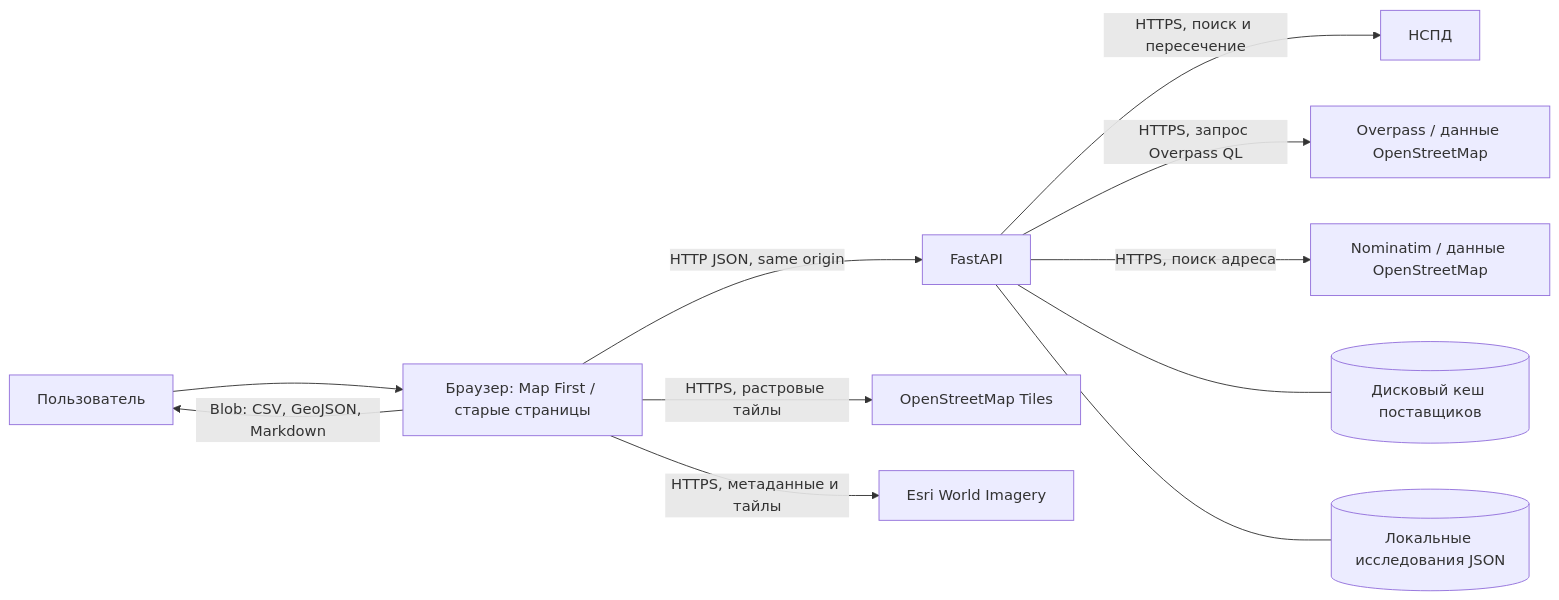
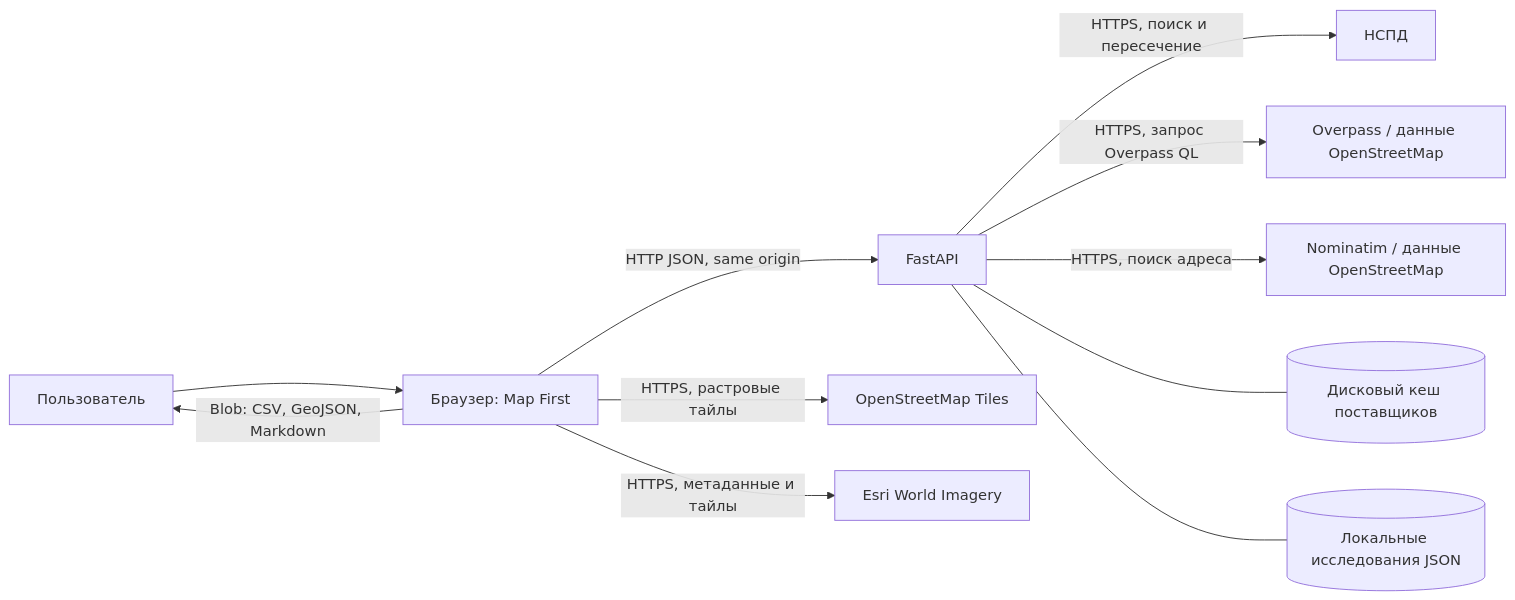
Before and after one commit to slavabochkarev/ecogeoterra: the diagram in docs/architecture/diagrams/system-context.mmd, drawn with Mermaid. The commit also changed 53 other files, not shown here.

```diff
--- a/docs/architecture/diagrams/system-context.mmd
+++ b/docs/architecture/diagrams/system-context.mmd
@@ -1,11 +1,11 @@
 flowchart LR
-    U["Пользователь"] --> UI["Браузер: Map First / старые страницы"]
+    U["Пользователь"] --> UI["Браузер: Map First"]
     UI -->|HTTP JSON, same origin| API["FastAPI"]
     API -->|HTTPS, поиск и пересечение| NSPD["НСПД"]
     API -->|HTTPS, запрос Overpass QL| OVER["Overpass / данные OpenStreetMap"]
     API -->|HTTPS, поиск адреса| NOM["Nominatim / данные OpenStreetMap"]
     UI -->|HTTPS, растровые тайлы| TILE["OpenStreetMap Tiles"]
     UI -->|HTTPS, метаданные и тайлы| ESRI["Esri World Imagery"]
     API --- CACHE[("Дисковый кеш поставщиков")]
     API --- STORE[("Локальные исследования JSON")]
     UI -->|Blob: CSV, GeoJSON, Markdown| U
```
